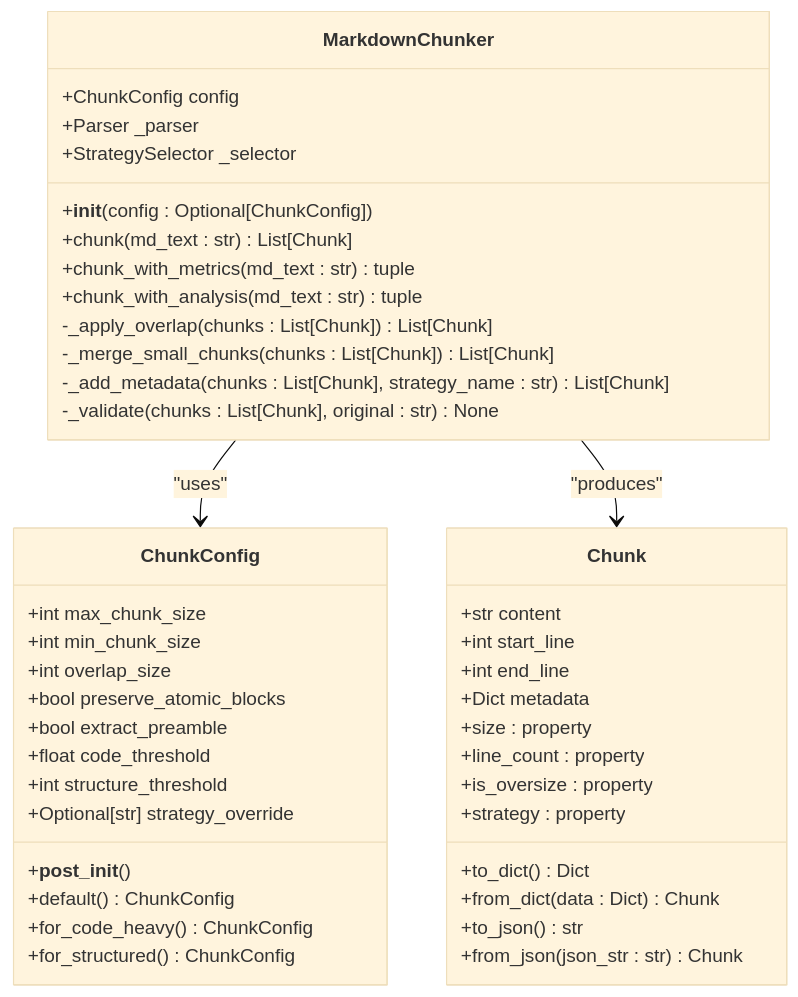
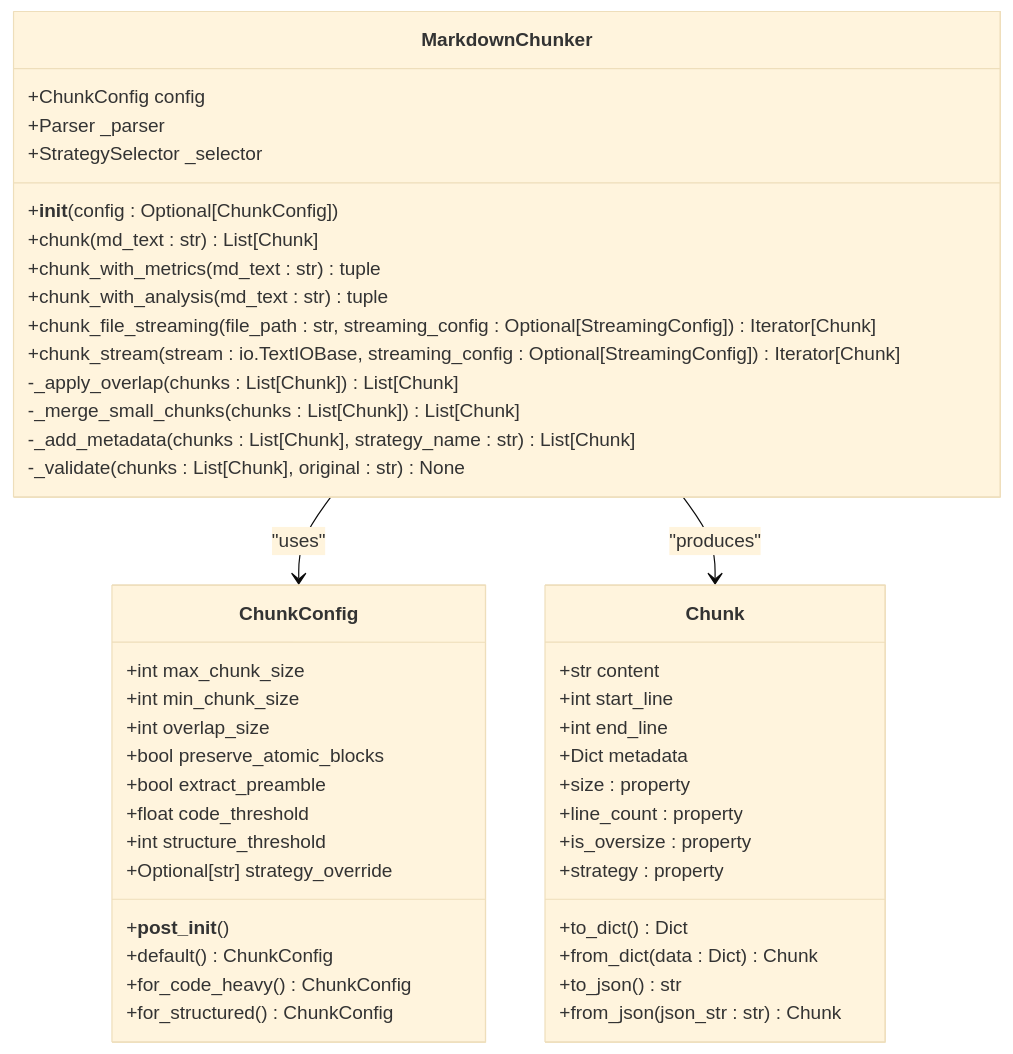
Before and after one commit to asukhodko/dify-markdown-chunker: the second of 4 diagrams in .qoder/repowiki/en/content/Reference/API Reference/Chunker Interface/Chunker Interface.md, drawn with Mermaid (base theme). The commit also changed other lines of this file and 4 other files, not shown here.

First line of the commit message:
feat(architecture): introduce streaming architecture for large file processing

````diff
--- a/.qoder/repowiki/en/content/Reference/API Reference/Chunker Interface/Chunker Interface.md
+++ b/.qoder/repowiki/en/content/Reference/API Reference/Chunker Interface/Chunker Interface.md
@@ -74,46 +88,48 @@
 ```mermaid
 classDiagram
 class MarkdownChunker {
 +ChunkConfig config
 +Parser _parser
 +StrategySelector _selector
 +__init__(config : Optional[ChunkConfig])
 +chunk(md_text : str) List[Chunk]
 +chunk_with_metrics(md_text : str) tuple
 +chunk_with_analysis(md_text : str) tuple
++chunk_file_streaming(file_path : str, streaming_config : Optional[StreamingConfig]) Iterator[Chunk]
++chunk_stream(stream : io.TextIOBase, streaming_config : Optional[StreamingConfig]) Iterator[Chunk]
 -_apply_overlap(chunks : List[Chunk]) List[Chunk]
 -_merge_small_chunks(chunks : List[Chunk]) List[Chunk]
 -_add_metadata(chunks : List[Chunk], strategy_name : str) List[Chunk]
 -_validate(chunks : List[Chunk], original : str) None
 }
 class ChunkConfig {
 +int max_chunk_size
 +int min_chunk_size
 +int overlap_size
 +bool preserve_atomic_blocks
 +bool extract_preamble
 +float code_threshold
 +int structure_threshold
 +Optional[str] strategy_override
 +__post_init__()
 +default() ChunkConfig
 +for_code_heavy() ChunkConfig
 +for_structured() ChunkConfig
 }
 class Chunk {
 +str content
 +int start_line
 +int end_line
 +Dict metadata
 +size : property
 +line_count : property
 +is_oversize : property
 +strategy : property
 +to_dict() Dict
 +from_dict(data : Dict) Chunk
 +to_json() str
 +from_json(json_str : str) Chunk
 }
 MarkdownChunker --> ChunkConfig : "uses"
 MarkdownChunker --> Chunk : "produces"
 ```
````
